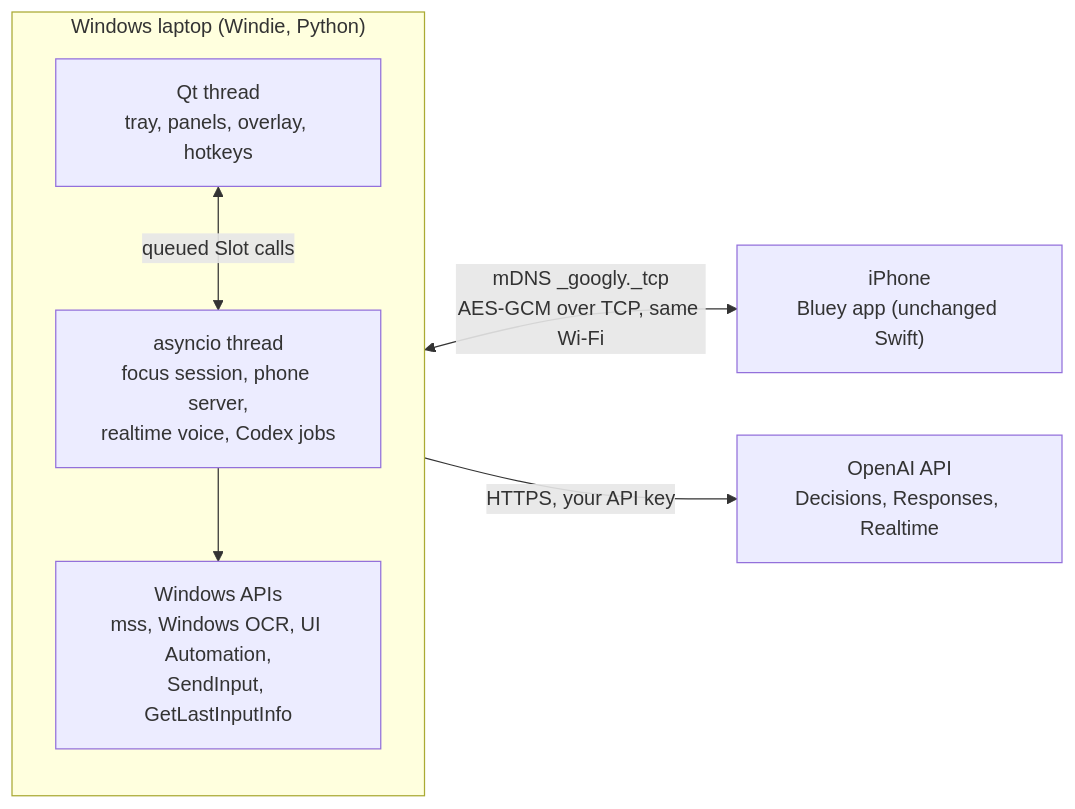
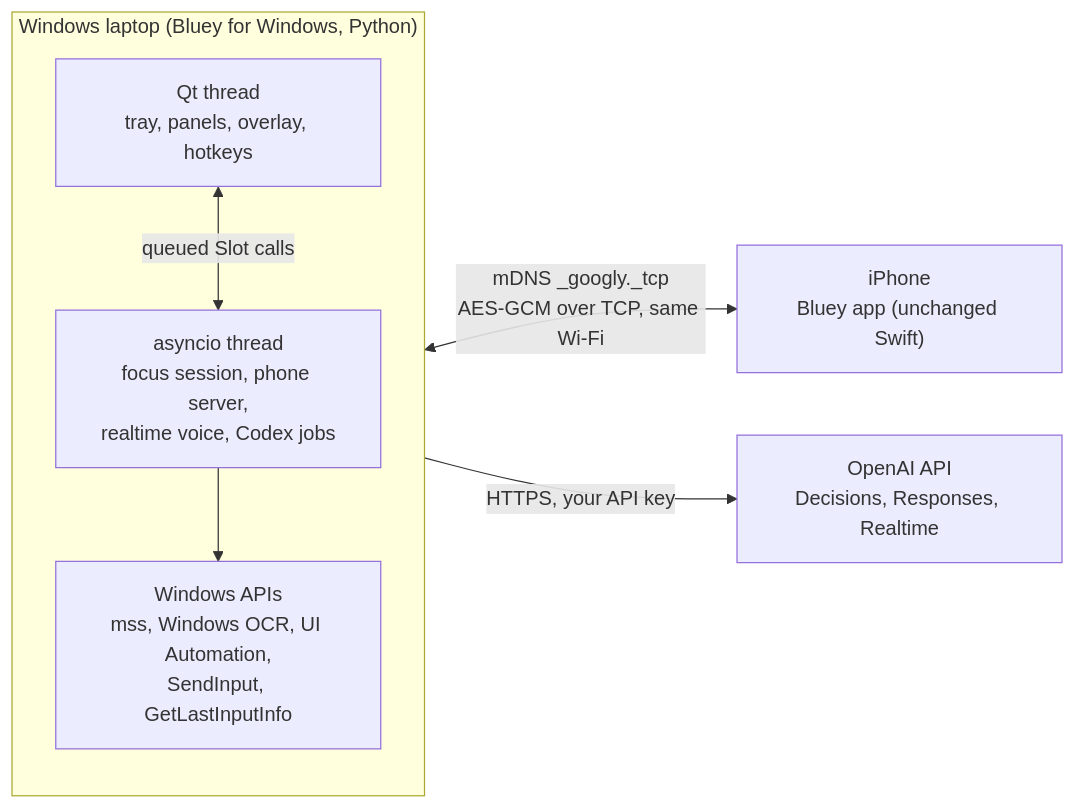
Before and after one commit to az9713/bluey-for-windows: the first of 4 diagrams in README.md, drawn with Mermaid. The commit also changed other lines of this file and 6 other files, not shown here.

First line of the commit message:
Replace Windie with Bluey for Windows in README and docs; rename demo files

````diff
--- a/README.md
+++ b/README.md
@@ -55,15 +55,15 @@
 ```mermaid
 flowchart LR
-  subgraph PC["Windows laptop (Windie, Python)"]
+  subgraph PC["Windows laptop (Bluey for Windows, Python)"]
     direction TB
     Qt["Qt thread<br/>tray, panels, overlay, hotkeys"]
     Async["asyncio thread<br/>focus session, phone server,<br/>realtime voice, Codex jobs"]
     Win["Windows APIs<br/>mss, Windows OCR, UI Automation,<br/>SendInput, GetLastInputInfo"]
     Qt <-->|"queued Slot calls"| Async
     Async --> Win
   end
   Phone["iPhone<br/>Bluey app (unchanged Swift)"]
   OAI["OpenAI API<br/>Decisions, Responses, Realtime"]
   Async <-->|"mDNS _googly._tcp<br/>AES-GCM over TCP, same Wi-Fi"| Phone
   Async -->|"HTTPS, your API key"| OAI
 ```
````
